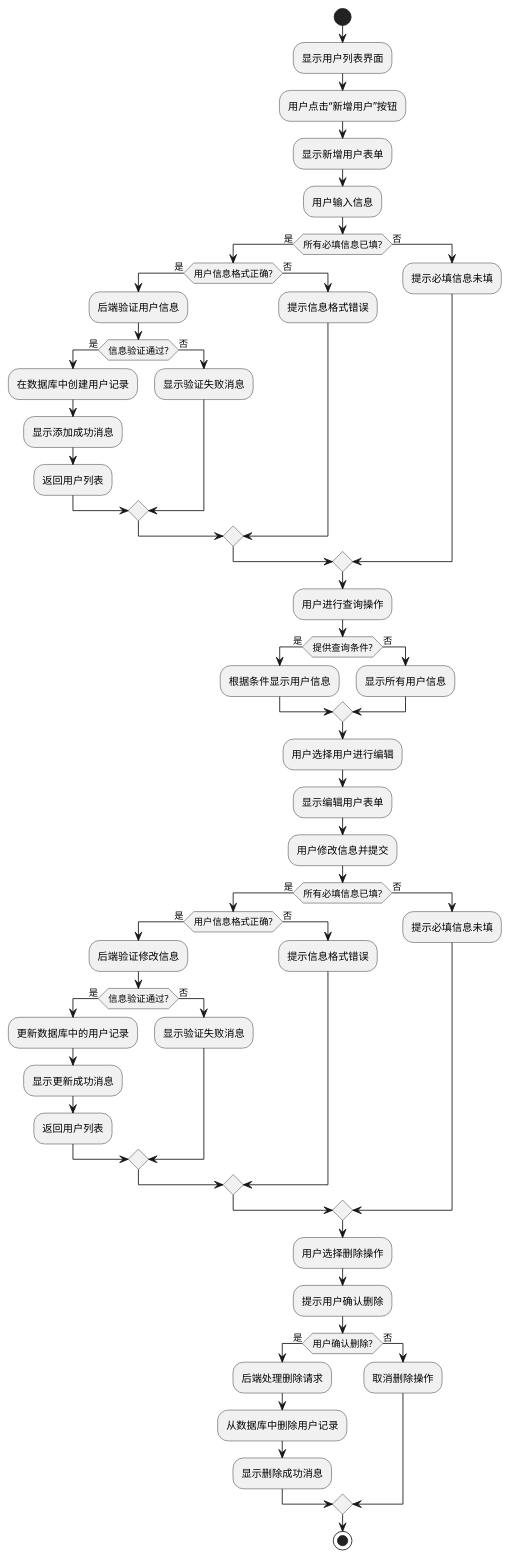
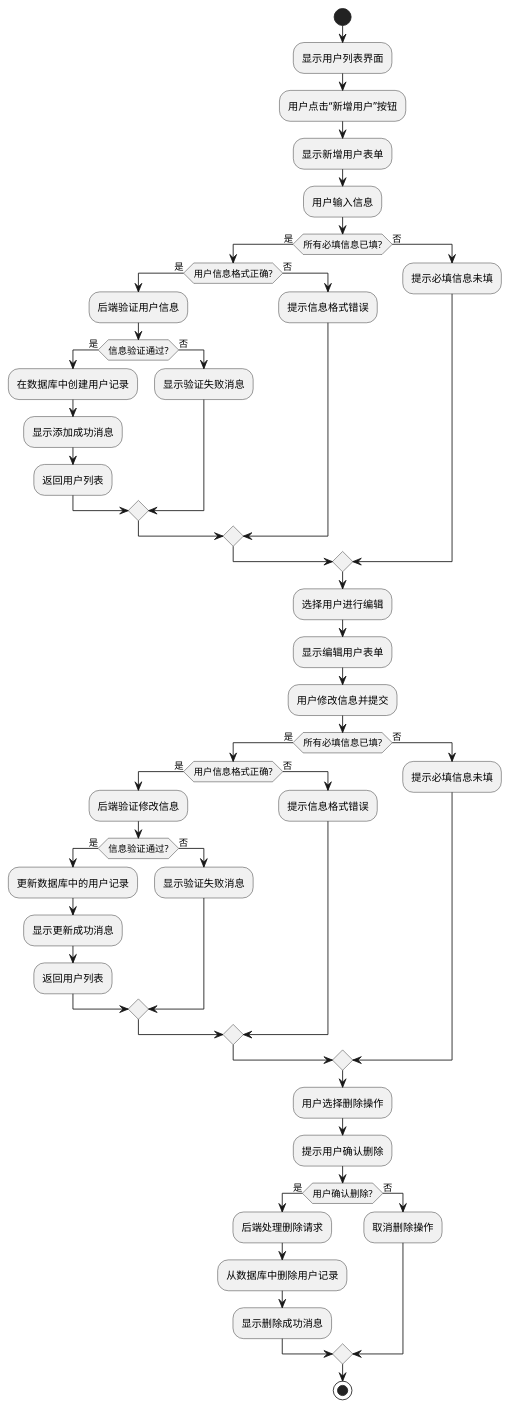
Before and after one commit to liyijia220/kuaidi: the diagram in 图/用户管理流程图.puml, drawn with PlantUML. The commit also changed 7 other files, not shown here.

```diff
--- a/图/用户管理流程图.puml
+++ b/图/用户管理流程图.puml
@@ -1,64 +1,58 @@
 @startuml
 
 start
 :显示用户列表界面;
 
 :用户点击“新增用户”按钮;
 :显示新增用户表单;
 :用户输入信息;
 if (所有必填信息已填?) then (是)
   if (用户信息格式正确?) then (是)
     :后端验证用户信息;
     if (信息验证通过?) then (是)
       :在数据库中创建用户记录;
       :显示添加成功消息;
       :返回用户列表;
     else (否)
       :显示验证失败消息;
     endif
   else (否)
     :提示信息格式错误;
   endif
 else (否)
   :提示必填信息未填;
 endif
 
-:用户进行查询操作;
-if (提供查询条件?) then (是)
-  :根据条件显示用户信息;
-else (否)
-  :显示所有用户信息;
-endif
 
-:用户选择用户进行编辑;
+:选择用户进行编辑;
 :显示编辑用户表单;
 :用户修改信息并提交;
 if (所有必填信息已填?) then (是)
   if (用户信息格式正确?) then (是)
     :后端验证修改信息;
     if (信息验证通过?) then (是)
       :更新数据库中的用户记录;
       :显示更新成功消息;
       :返回用户列表;
     else (否)
       :显示验证失败消息;
     endif
   else (否)
     :提示信息格式错误;
   endif
 else (否)
   :提示必填信息未填;
 endif
 
 :用户选择删除操作;
 :提示用户确认删除;
 if (用户确认删除?) then (是)
   :后端处理删除请求;
   :从数据库中删除用户记录;
   :显示删除成功消息;
 else (否)
   :取消删除操作;
 endif
 
 stop
 @enduml
```
